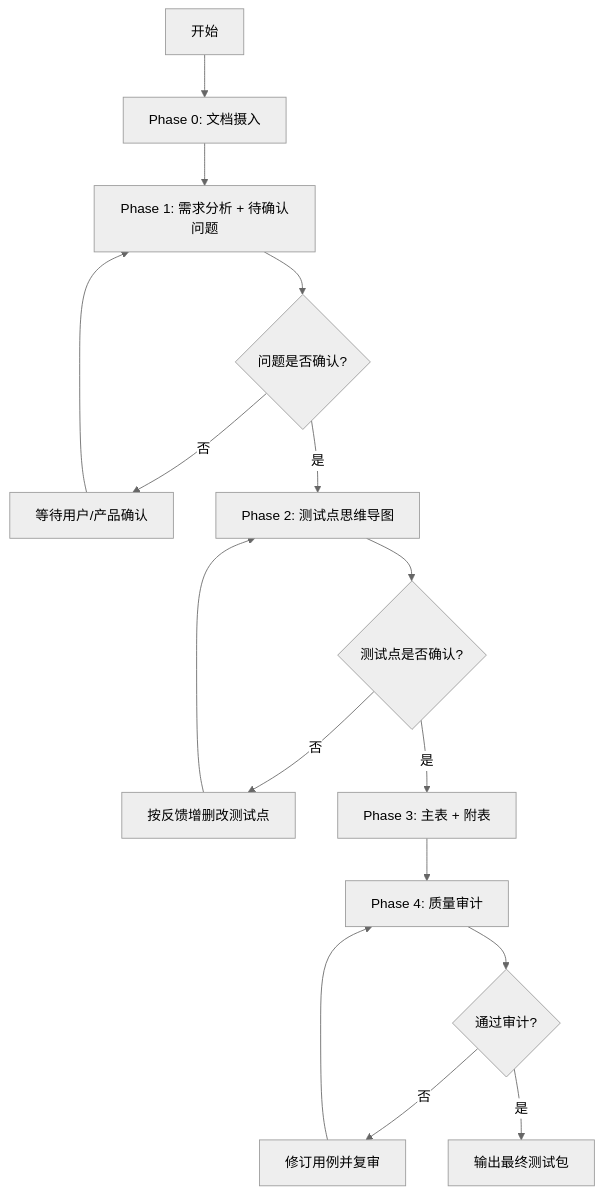
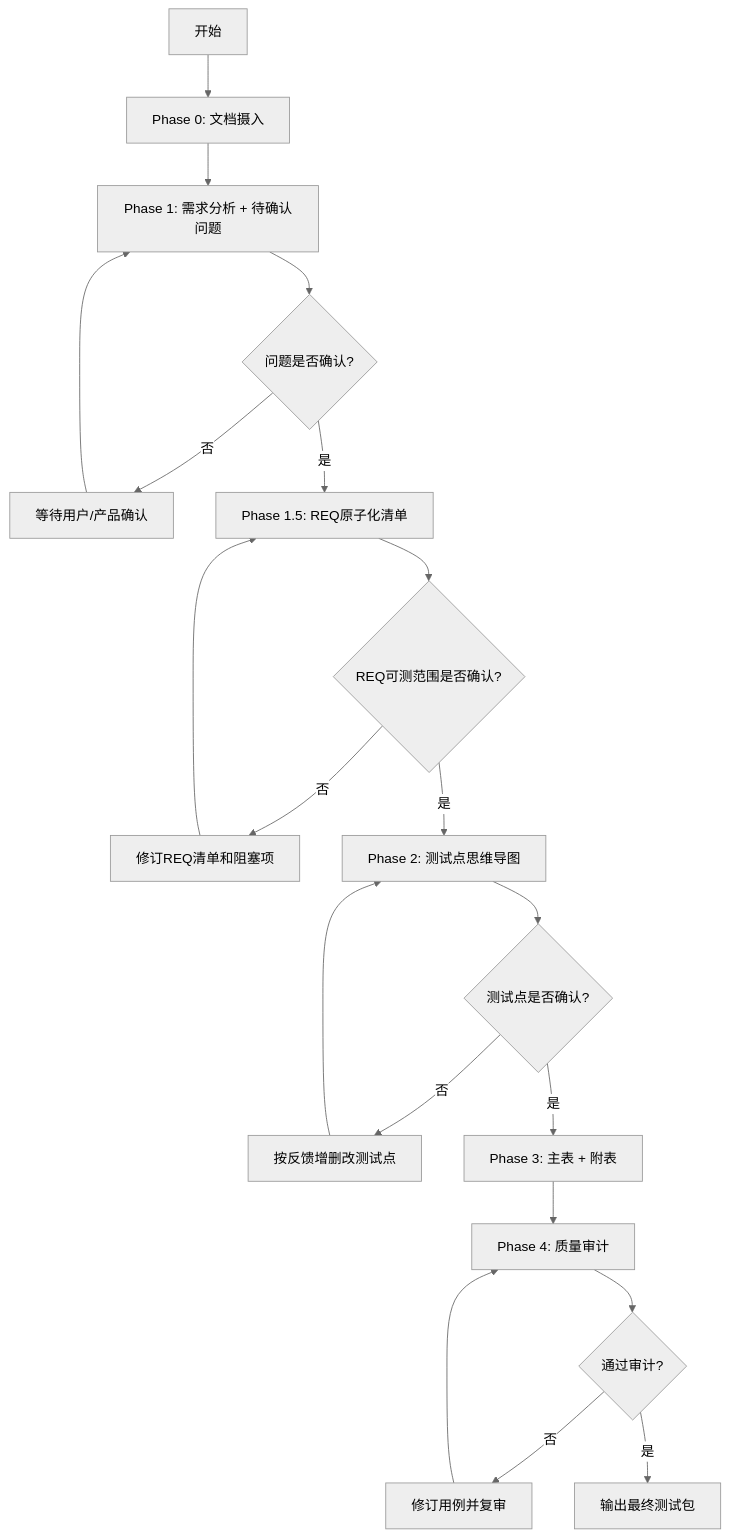
The second of 2 diagrams in REQ-TESTCASE-SKILL-ARCHITECTURE.md (justinchang1995925-sys/Auto_Test_Case), drawn with Mermaid (neutral theme) before and after one commit. The commit also changed other lines of this file and 2 other files, not shown here.

````diff
--- a/REQ-TESTCASE-SKILL-ARCHITECTURE.md
+++ b/REQ-TESTCASE-SKILL-ARCHITECTURE.md
@@ -85,18 +92,22 @@
 ```mermaid
 flowchart TD
     S[开始] --> P0[Phase 0: 文档摄入]
     P0 --> P1[Phase 1: 需求分析 + 待确认问题]
     P1 --> C1{问题是否确认?}
     C1 -- 否 --> U1[等待用户/产品确认]
     U1 --> P1
-    C1 -- 是 --> P2[Phase 2: 测试点思维导图]
+    C1 -- 是 --> P15[Phase 1.5: REQ原子化清单]
+    P15 --> C15{REQ可测范围是否确认?}
+    C15 -- 否 --> U15[修订REQ清单和阻塞项]
+    U15 --> P15
+    C15 -- 是 --> P2[Phase 2: 测试点思维导图]
     P2 --> C2{测试点是否确认?}
     C2 -- 否 --> U2[按反馈增删改测试点]
     U2 --> P2
     C2 -- 是 --> P3[Phase 3: 主表 + 附表]
     P3 --> P4[Phase 4: 质量审计]
     P4 --> C3{通过审计?}
     C3 -- 否 --> R[修订用例并复审]
     R --> P4
     C3 -- 是 --> E[输出最终测试包]
 ```
````
